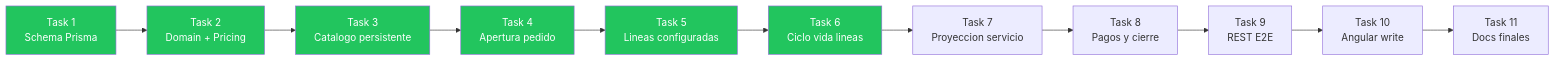
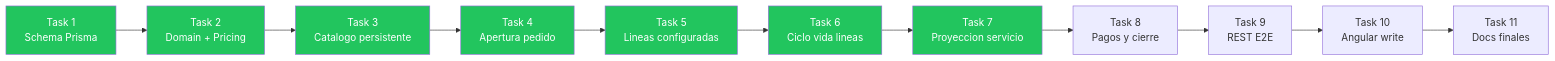
One commit to Programito/fullstack-architecture-lab changed the first of 6 diagrams in backend/docs/service-floor-api.md. Above: the diagram before and after it, drawn with Mermaid. The commit also changed other lines of this file, not shown here.

````diff
--- a/backend/docs/service-floor-api.md
+++ b/backend/docs/service-floor-api.md
@@ -11,20 +11,21 @@
 ```mermaid
 flowchart LR
   T1[Task 1\nSchema Prisma] --> T2[Task 2\nDomain + Pricing]
   T2 --> T3[Task 3\nCatalogo persistente]
   T3 --> T4[Task 4\nApertura pedido]
   T4 --> T5[Task 5\nLineas configuradas]
   T5 --> T6[Task 6\nCiclo vida lineas]
   T6 --> T7[Task 7\nProyeccion servicio]
   T7 --> T8[Task 8\nPagos y cierre]
   T8 --> T9[Task 9\nREST E2E]
   T9 --> T10[Task 10\nAngular write]
   T10 --> T11[Task 11\nDocs finales]
 
   style T1 fill:#22c55e,color:#fff
   style T2 fill:#22c55e,color:#fff
   style T3 fill:#22c55e,color:#fff
   style T4 fill:#22c55e,color:#fff
   style T5 fill:#22c55e,color:#fff
   style T6 fill:#22c55e,color:#fff
+  style T7 fill:#22c55e,color:#fff
 ```
````
